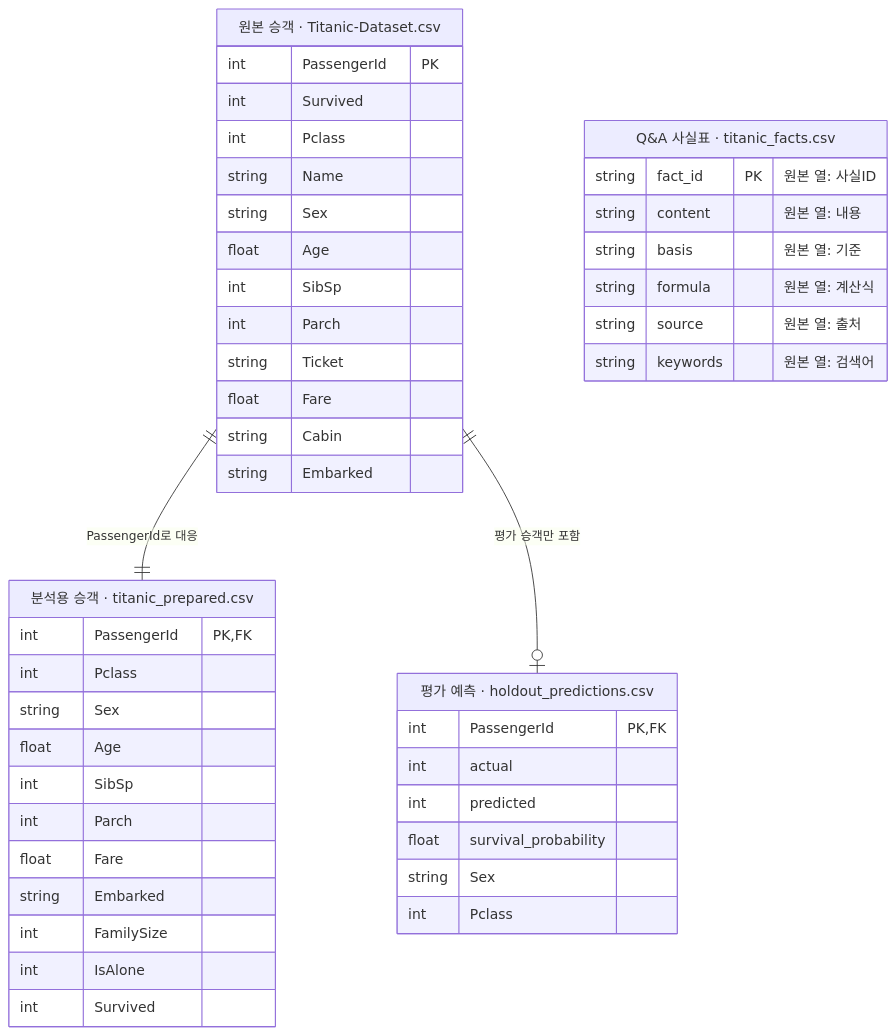
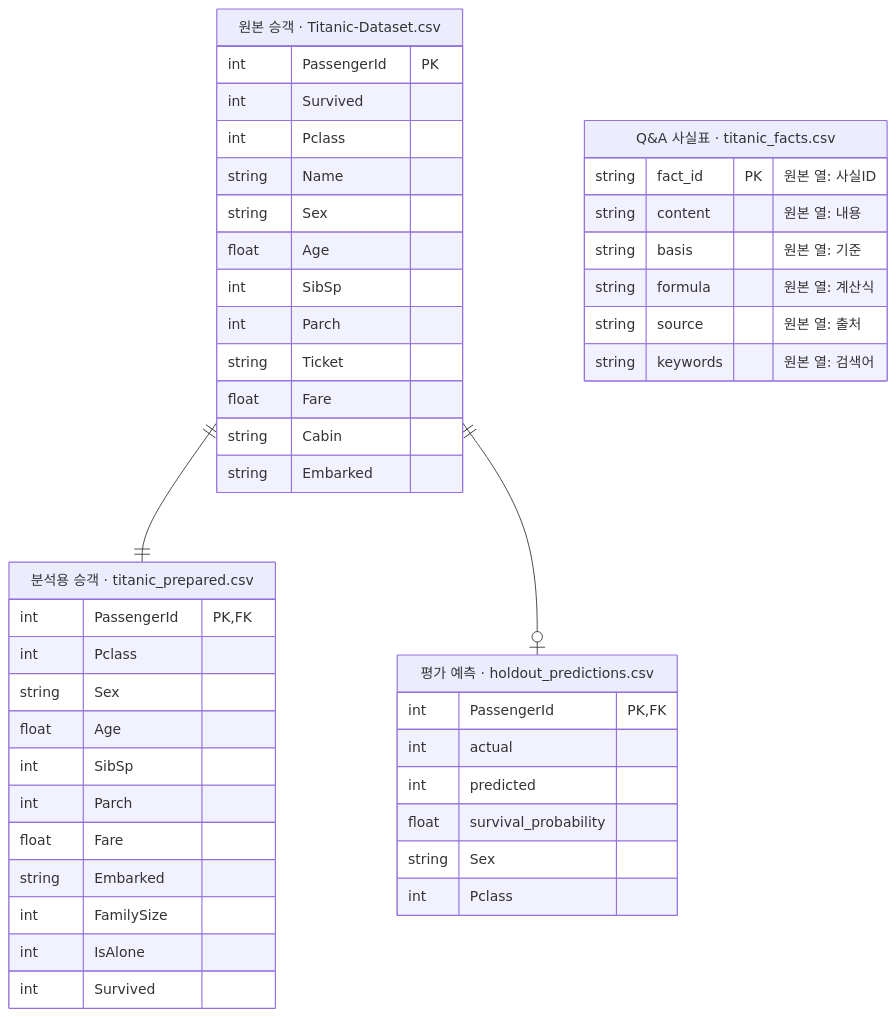
The diagram in README.md (gamzpot96-cell/titanic_dashboard), drawn with Mermaid before and after one commit. The commit also changed other lines of this file, not shown here.

Commit message:
docs: ERD 관계 설명을 선 밖으로 분리

````diff
--- a/README.md
+++ b/README.md
@@ -50,53 +52,53 @@
 ```mermaid
 erDiagram
     direction TB
-    PASSENGERS ||--|| PREPARED : "PassengerId로 대응"
-    PASSENGERS ||--o| HOLDOUT : "평가 승객만 포함"
+    PASSENGERS ||--|| PREPARED : ""
+    PASSENGERS ||--o| HOLDOUT : ""
 
     PASSENGERS["원본 승객 · Titanic-Dataset.csv"] {
         int PassengerId PK
         int Survived
         int Pclass
         string Name
         string Sex
         float Age
         int SibSp
         int Parch
         string Ticket
         float Fare
         string Cabin
         string Embarked
     }
 
     PREPARED["분석용 승객 · titanic_prepared.csv"] {
         int PassengerId PK, FK
         int Pclass
         string Sex
         float Age
         int SibSp
         int Parch
         float Fare
         string Embarked
         int FamilySize
         int IsAlone
         int Survived
     }
 
     HOLDOUT["평가 예측 · holdout_predictions.csv"] {
         int PassengerId PK, FK
         int actual
         int predicted
         float survival_probability
         string Sex
         int Pclass
     }
 
     FACTS["Q&A 사실표 · titanic_facts.csv"] {
         string fact_id PK "원본 열: 사실ID"
         string content "원본 열: 내용"
         string basis "원본 열: 기준"
         string formula "원본 열: 계산식"
         string source "원본 열: 출처"
         string keywords "원본 열: 검색어"
     }
 ```
````
